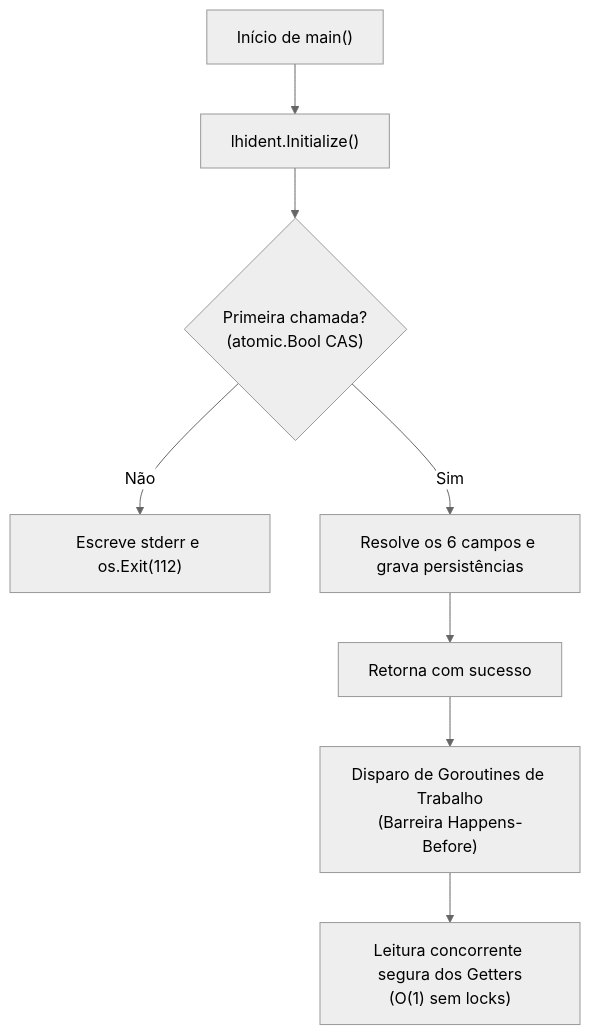
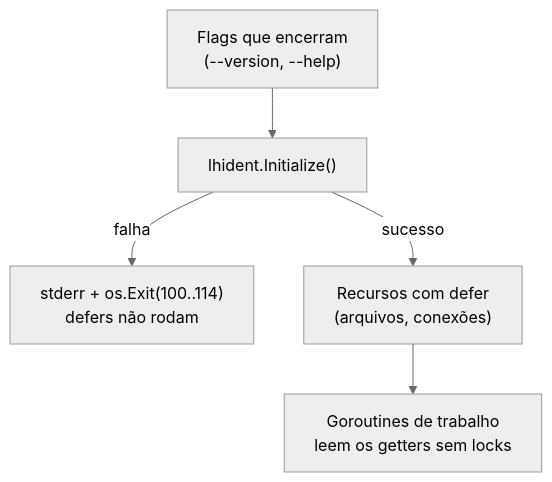
Before and after one commit to patrickbrandao/go-loghub-ident: the diagram in skill/SKILL.md, drawn with Mermaid (neutral theme). The commit also changed other lines of this file and 17 other files, not shown here.

````diff
--- a/skill/SKILL.md
+++ b/skill/SKILL.md
@@ -96,10 +109,7 @@
 ```mermaid
 flowchart TD
-    MainStart["Início de main()"] --> InitCall["lhident.Initialize()"]
-    InitCall --> CheckCAS{"Primeira chamada?<br>(atomic.Bool CAS)"}
-    CheckCAS -- Não --> Exit112["Escreve stderr e os.Exit(112)"]
-    CheckCAS -- Sim --> Resolve["Resolve os 6 campos e grava persistências"]
-    Resolve --> ReturnInit["Retorna com sucesso"]
-    ReturnInit --> SpawnGoroutines["Disparo de Goroutines de Trabalho<br>(Barreira Happens-Before)"]
-    SpawnGoroutines --> SafeGetters["Leitura concorrente segura dos Getters<br>(O(1) sem locks)"]
+    Flags["Flags que encerram<br>(--version, --help)"] --> Init["lhident.Initialize()"]
+    Init -->|falha| Exit["stderr + os.Exit(100..114)<br>defers não rodam"]
+    Init -->|sucesso| Res["Recursos com defer<br>(arquivos, conexões)"]
+    Res --> Go["Goroutines de trabalho<br>leem os getters sem locks"]
 ```
````
